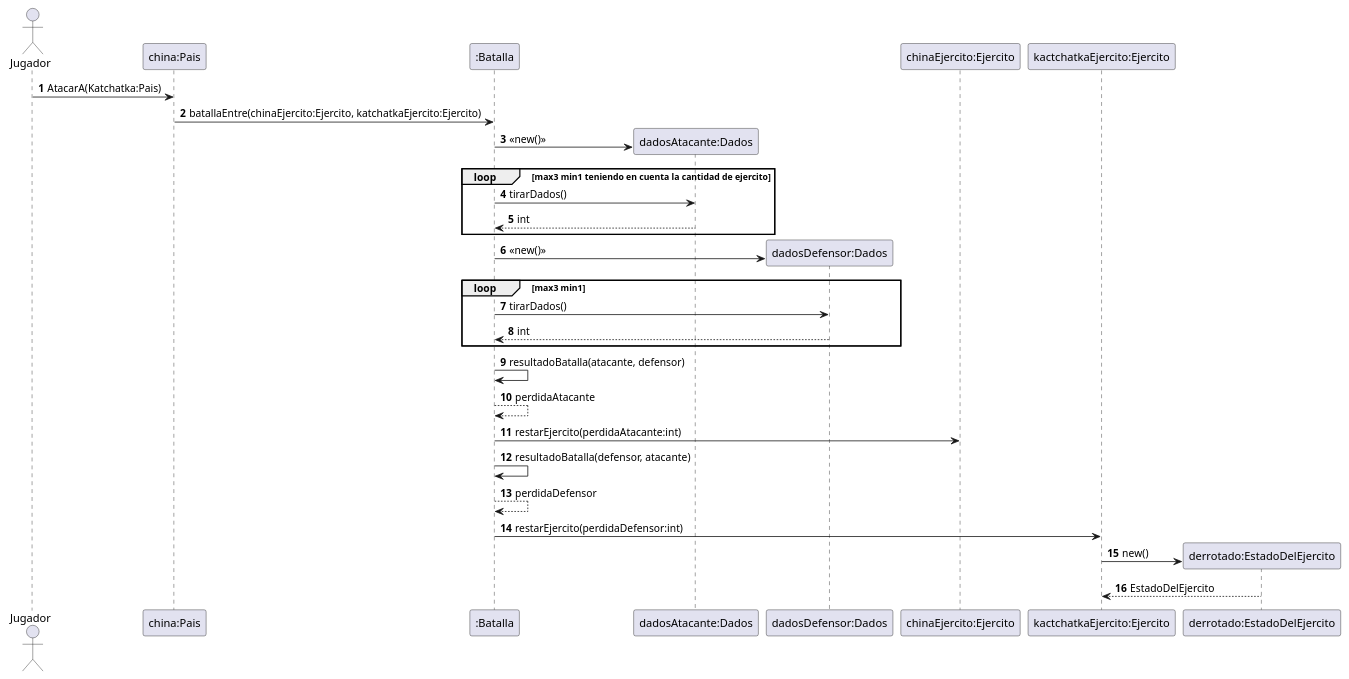
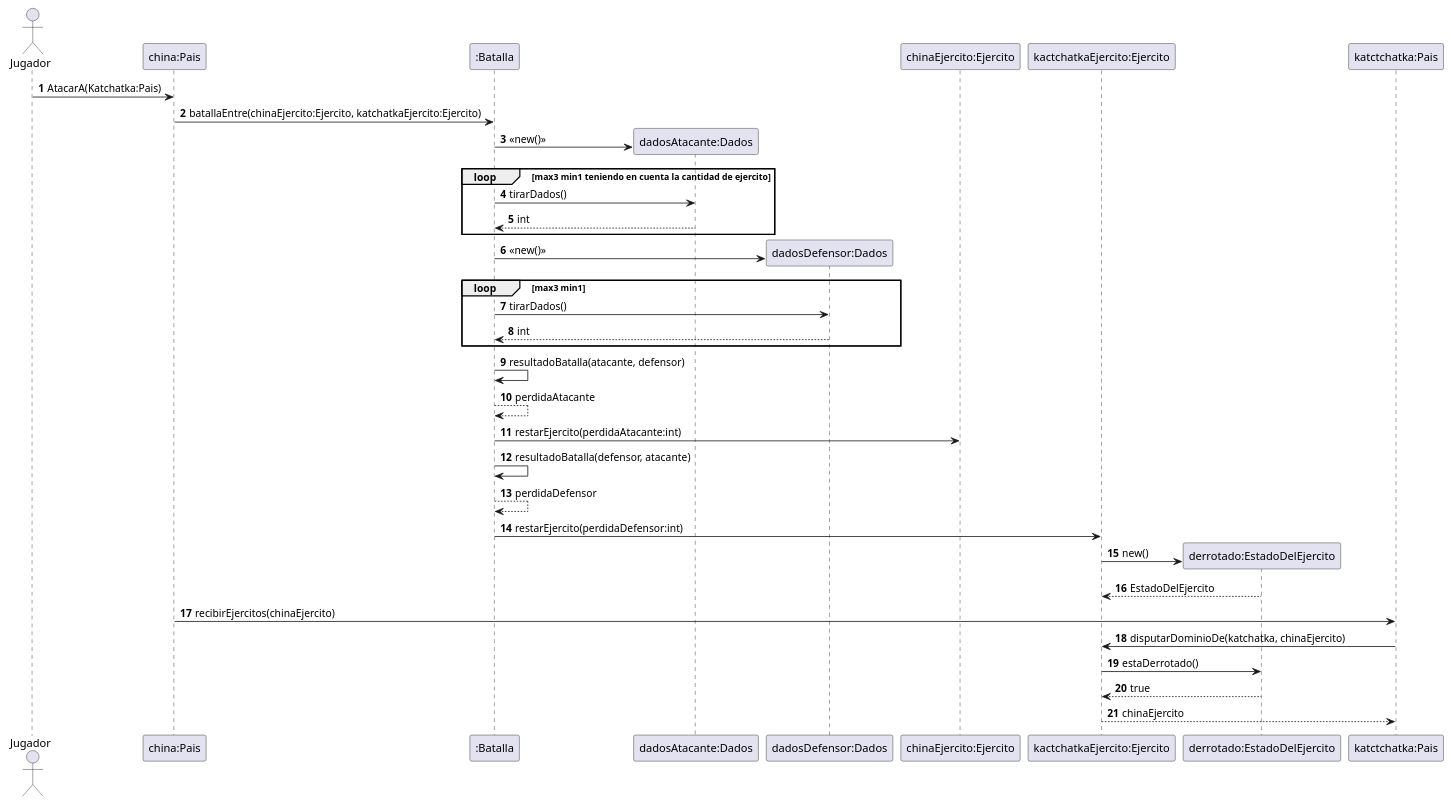
One commit to julia-valdo/Algoritmos-3.TP2 changed the diagram in Diagramas/AtaqueAOtroPais.puml. Above: the diagram before and after it, drawn with PlantUML. The commit also changed 9 other files, not shown here.

Commit message:
Agregado de ocupacion al diagrama de secuencia y pruebas de excepcion

```diff
--- a/Diagramas/AtaqueAOtroPais.puml
+++ b/Diagramas/AtaqueAOtroPais.puml
@@ -1,43 +1,49 @@
 @startuml
 'https://plantuml.com/sequence-diagram
 
 autonumber
 'Gana Jugador 1'
 Actor Jugador
 
 Jugador -> "china:Pais": AtacarA(Katchatka:Pais)
 "china:Pais" -> ":Batalla":batallaEntre(chinaEjercito:Ejercito, katchatkaEjercito:Ejercito)
 
 ":Batalla" -> "dadosAtacante:Dados" **:<<new()>>
 
 loop max3 min1 teniendo en cuenta la cantidad de ejercito
 
 ":Batalla" -> "dadosAtacante:Dados": tirarDados()
 return int
 
 end
 
 ":Batalla" -> "dadosDefensor:Dados" **:<<new()>>
 
 loop max3 min1
 
 ":Batalla" -> "dadosDefensor:Dados": tirarDados()
 return int
 
 end
 
 ":Batalla" -> ":Batalla" : resultadoBatalla(atacante, defensor)
 return perdidaAtacante
 
 ":Batalla" -> "chinaEjercito:Ejercito":restarEjercito(perdidaAtacante:int)
 
 
 ":Batalla" -> ":Batalla" : resultadoBatalla(defensor, atacante)
 return perdidaDefensor
 
 ":Batalla" -> "kactchatkaEjercito:Ejercito":restarEjercito(perdidaDefensor:int)
 "kactchatkaEjercito:Ejercito" -> "derrotado:EstadoDelEjercito" **:new()
 return EstadoDelEjercito
 
+"china:Pais" -> "katctchatka:Pais": recibirEjercitos(chinaEjercito)
+"katctchatka:Pais" -> "kactchatkaEjercito:Ejercito": disputarDominioDe(katchatka, chinaEjercito)
+"kactchatkaEjercito:Ejercito" -> "derrotado:EstadoDelEjercito": estaDerrotado()
+return true
+"kactchatkaEjercito:Ejercito" --> "katctchatka:Pais": chinaEjercito
+
 
 @enduml
```
